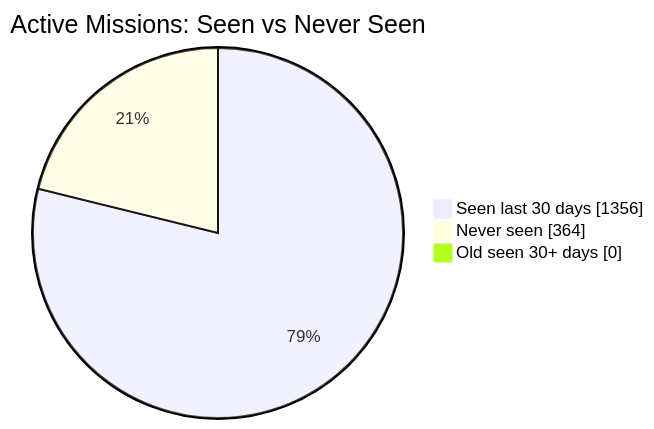
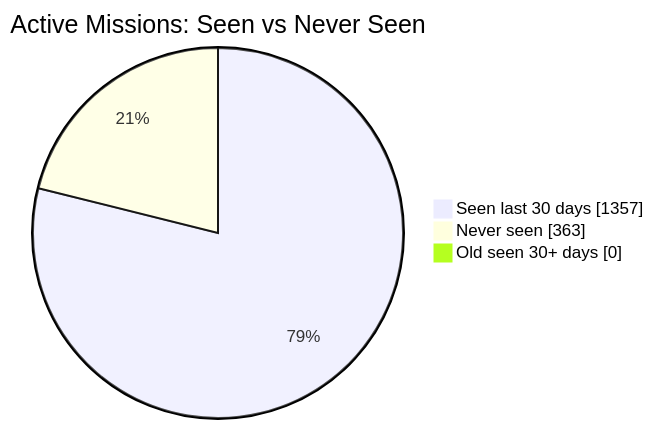
The first of 2 diagrams in README.md (MeldkamerspelGameTeam/active-missions), drawn with Mermaid before and after one commit. The commit also changed other lines of this file and 2 other files, not shown here.

````diff
--- a/README.md
+++ b/README.md
@@ -34,7 +34,7 @@
 ```mermaid
 pie showData
     title Active Missions: Seen vs Never Seen
-    "Seen last 30 days" : 1356
-    "Never seen" : 364
+    "Seen last 30 days" : 1357
+    "Never seen" : 363
     "Old seen 30+ days" : 0
 ```
````
